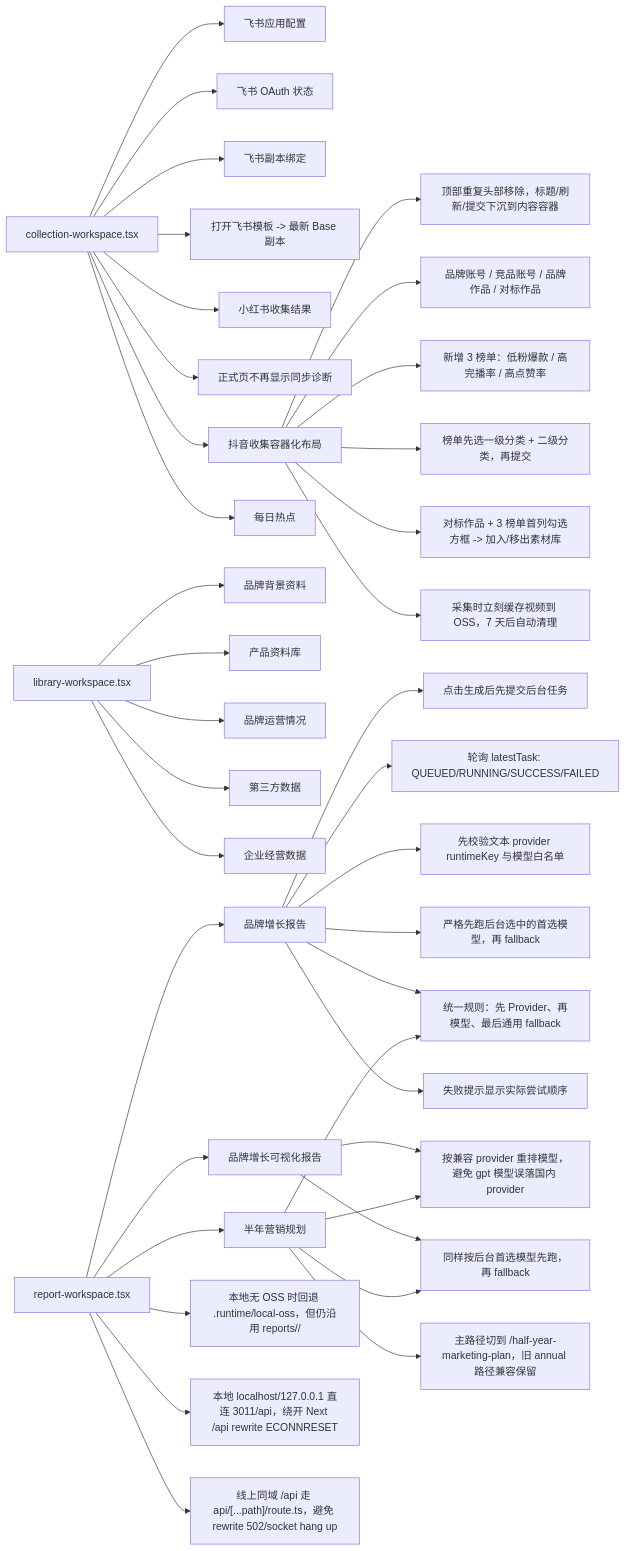
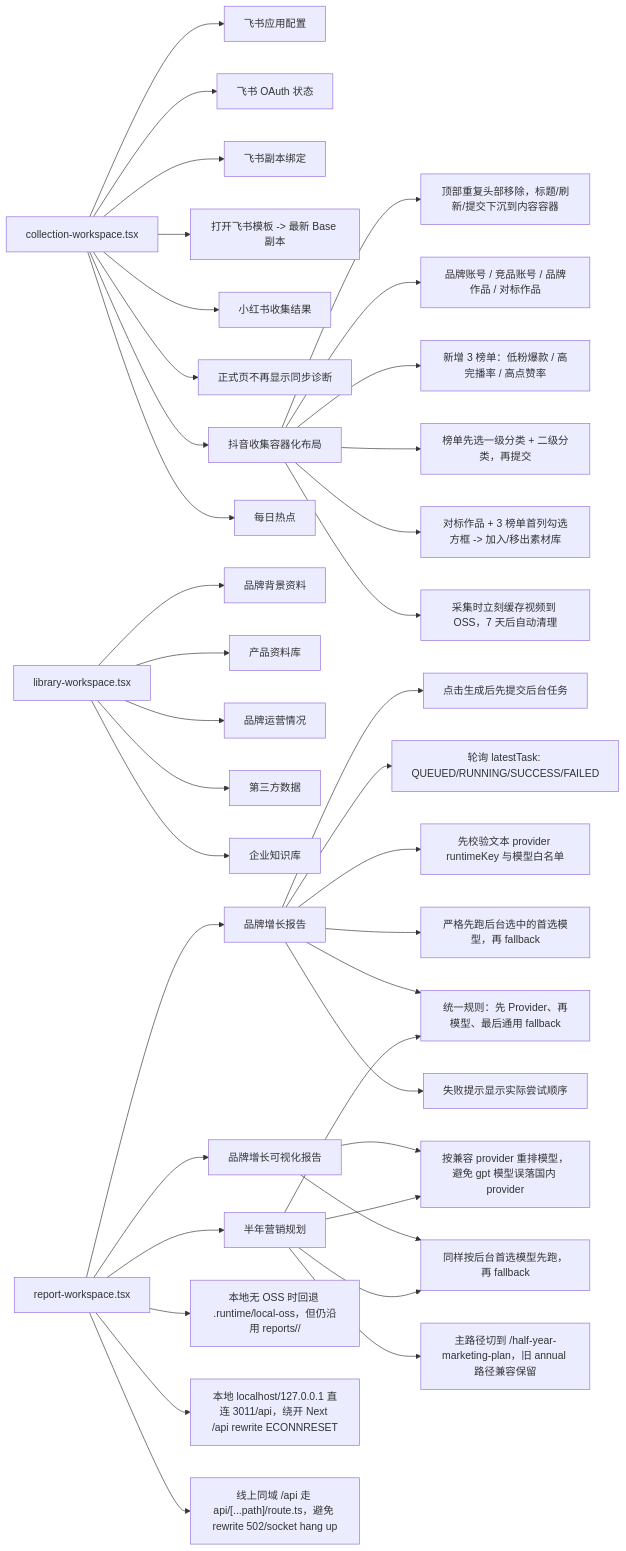
Before and after one commit to Depthukesh/ai-omni-ops-system: the fourth of 14 diagrams in docs/site-map-mermaid.md, drawn with Mermaid. The commit also changed 7 other files, not shown here.

````diff
--- a/docs/site-map-mermaid.md
+++ b/docs/site-map-mermaid.md
@@ -195,45 +195,45 @@
 ```mermaid
 flowchart LR
     A["collection-workspace.tsx"]
     A --> A1["飞书应用配置"]
     A --> A2["飞书 OAuth 状态"]
     A --> A3["飞书副本绑定"]
     A --> A31["打开飞书模板 -> 最新 Base 副本"]
     A --> A4["小红书收集结果"]
     A --> A41["正式页不再显示同步诊断"]
     A --> A6["抖音收集容器化布局"]
     A6 --> A61["顶部重复头部移除，标题/刷新/提交下沉到内容容器"]
     A6 --> A62["品牌账号 / 竞品账号 / 品牌作品 / 对标作品"]
     A6 --> A63["新增 3 榜单：低粉爆款 / 高完播率 / 高点赞率"]
     A6 --> A64["榜单先选一级分类 + 二级分类，再提交"]
     A6 --> A65["对标作品 + 3 榜单首列勾选方框 -> 加入/移出素材库"]
     A6 --> A66["采集时立刻缓存视频到 OSS，7 天后自动清理"]
     A --> A5["每日热点"]
 
     B["library-workspace.tsx"]
     B --> B1["品牌背景资料"]
     B --> B2["产品资料库"]
     B --> B3["品牌运营情况"]
     B --> B4["第三方数据"]
-    B --> B5["企业经营数据"]
+    B --> B5["企业知识库"]
 
     C["report-workspace.tsx"]
     C --> C1["品牌增长报告"]
     C --> C2["品牌增长可视化报告"]
     C --> C3["半年营销规划"]
     C1 --> C10["点击生成后先提交后台任务"]
     C1 --> C11["轮询 latestTask: QUEUED/RUNNING/SUCCESS/FAILED"]
     C1 --> C12["先校验文本 provider runtimeKey 与模型白名单"]
     C1 --> C17["严格先跑后台选中的首选模型，再 fallback"]
     C1 --> C21["统一规则：先 Provider、再模型、最后通用 fallback"]
     C1 --> C18["失败提示显示实际尝试顺序"]
     C2 --> C13["忽略不兼容的图像 provider，回退国内文本 provider"]
     C2 --> C19["同样按后台首选模型先跑，再 fallback"]
     C3 --> C13["按兼容 provider 重排模型，避免 gpt 模型误落国内 provider"]
     C3 --> C20["主路径切到 /half-year-marketing-plan，旧 annual 路径兼容保留"]
     C3 --> C21
     C3 --> C19
     C --> C14["本地无 OSS 时回退 .runtime/local-oss，但仍沿用 reports/<brandId>/<fileName>"]
     C --> C15["本地 localhost/127.0.0.1 直连 3011/api，绕开 Next /api rewrite ECONNRESET"]
     C --> C16["线上同域 /api 走 api/[...path]/route.ts，避免 rewrite 502/socket hang up"]
 ```
````
